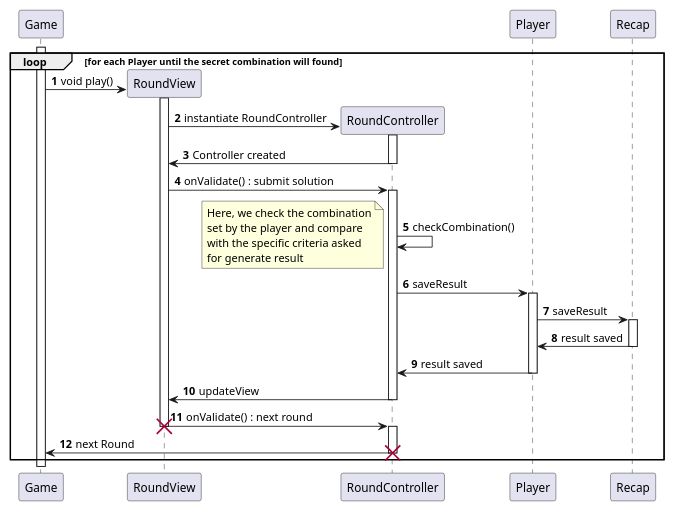
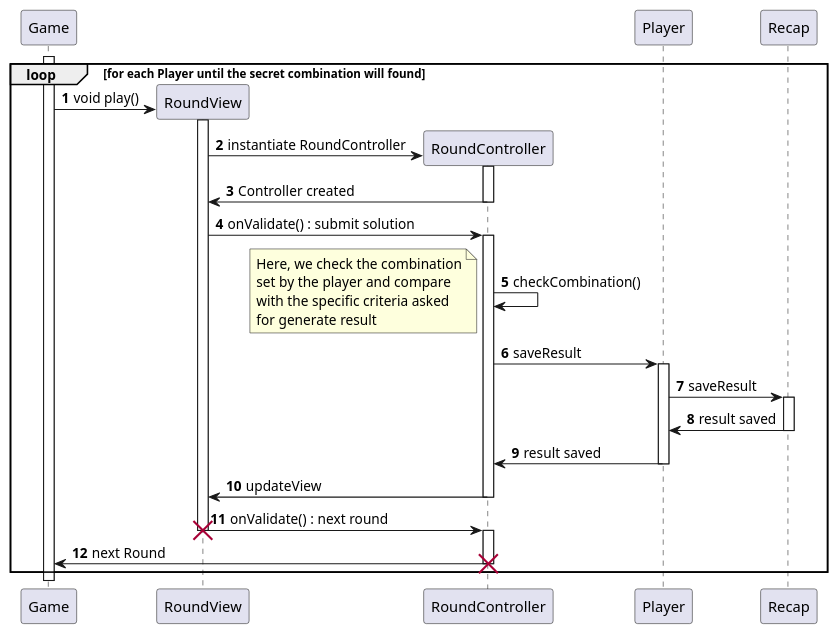
Before and after one commit to Earth-Wind-and-Fire/AP4B_Report: the diagram in Writerside/topics/Description-de-la-manche.md, drawn with PlantUML. The commit also changed 3 other files, not shown here.

````diff
--- a/Writerside/topics/Description-de-la-manche.md
+++ b/Writerside/topics/Description-de-la-manche.md
@@ -30,65 +30,65 @@
 ```plantuml
 @startuml
 'https://plantuml.com/sequence-diagram
 
-scale 0.8
+
 autonumber
 
 participant "Game" as Game
 participant "RoundView" as RoundView
 participant "RoundController" as RoundController
 participant "Player" as Player
 participant "Recap" as Recap
 
 loop for each Player until the secret combination will found
 
     ' Create Game and Round
     activate Game
 
 ' instantiate RoundView
     create RoundView
     Game -> RoundView: void play()
     activate RoundView
 
 ' instantiate RoundController
     create RoundController
     RoundView -> RoundController: instantiate RoundController
     activate RoundController
     RoundController -> RoundView: Controller created
     deactivate RoundController
 
     RoundView -> RoundController : onValidate() : submit solution
     activate RoundController
 
     RoundController -> RoundController : checkCombination()
     note left
         Here, we check the combination
         set by the player and compare
         with the specific criteria asked
         for generate result
     end note
     RoundController -> Player : saveResult
     activate Player
     Player -> Recap : saveResult
     activate Recap
     Recap -> Player : result saved
     deactivate Recap
     Player -> RoundController : result saved
     deactivate Player
     RoundController -> RoundView : updateView
     deactivate RoundController
 
     RoundView -> RoundController : onValidate() : next round
     destroy RoundView
 
     activate RoundController
     RoundController -> Game : next Round
     destroy RoundController
 end
 
 
 
 
 
 @enduml
 ```
````
